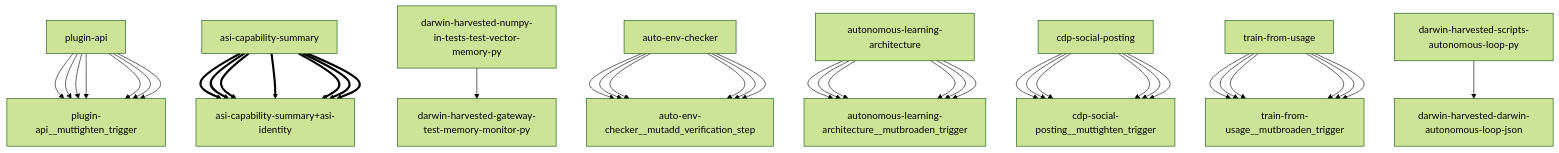
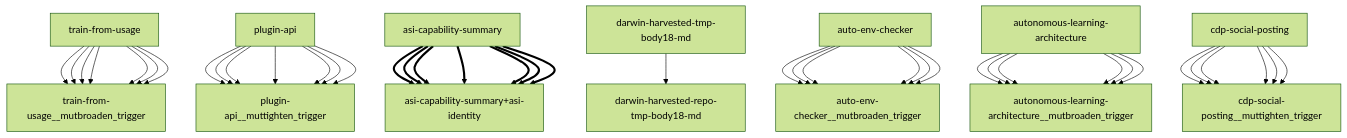
The diagram in reports/darwin-report.md (openamer/openamer), drawn with Mermaid (forest theme) before and after one commit. The commit also changed other lines of this file and 13 other files, not shown here.

````diff
--- a/reports/darwin-report.md
+++ b/reports/darwin-report.md
@@ -68,43 +69,43 @@
 ```mermaid
 graph TD
+    train-from-usage["train-from-usage"] --> train-from-usage__mutbroaden_trigger["train-from-usage__mutbroaden_trigger"]
     plugin-api["plugin-api"] --> plugin-api__muttighten_trigger["plugin-api__muttighten_trigger"]
     asi-capability-summary["asi-capability-summary"] ==> asi-capability-summary+asi-identity["asi-capability-summary+asi-identity"]
-    darwin-harvested-numpy-in-tests-test-vector-memory-py["darwin-harvested-numpy-in-tests-test-vector-memory-py"] --> darwin-harvested-gateway-test-memory-monitor-py["darwin-harvested-gateway-test-memory-monitor-py"]
-    auto-env-checker["auto-env-checker"] --> auto-env-checker__mutadd_verification_step["auto-env-checker__mutadd_verification_step"]
+    darwin-harvested-tmp-body18-md["darwin-harvested-tmp-body18-md"] --> darwin-harvested-repo-tmp-body18-md["darwin-harvested-repo-tmp-body18-md"]
+    auto-env-checker["auto-env-checker"] --> auto-env-checker__mutbroaden_trigger["auto-env-checker__mutbroaden_trigger"]
     autonomous-learning-architecture["autonomous-learning-architecture"] --> autonomous-learning-architecture__mutbroaden_trigger["autonomous-learning-architecture__mutbroaden_trigger"]
     cdp-social-posting["cdp-social-posting"] --> cdp-social-posting__muttighten_trigger["cdp-social-posting__muttighten_trigger"]
     train-from-usage["train-from-usage"] --> train-from-usage__mutbroaden_trigger["train-from-usage__mutbroaden_trigger"]
     plugin-api["plugin-api"] --> plugin-api__muttighten_trigger["plugin-api__muttighten_trigger"]
     asi-capability-summary["asi-capability-summary"] ==> asi-capability-summary+asi-identity["asi-capability-summary+asi-identity"]
-    auto-env-checker["auto-env-checker"] --> auto-env-checker__mutadd_verification_step["auto-env-checker__mutadd_verification_step"]
+    auto-env-checker["auto-env-checker"] --> auto-env-checker__mutbroaden_trigger["auto-env-checker__mutbroaden_trigger"]
     autonomous-learning-architecture["autonomous-learning-architecture"] --> autonomous-learning-architecture__mutbroaden_trigger["autonomous-learning-architecture__mutbroaden_trigger"]
     cdp-social-posting["cdp-social-posting"] --> cdp-social-posting__muttighten_trigger["cdp-social-posting__muttighten_trigger"]
     train-from-usage["train-from-usage"] --> train-from-usage__mutbroaden_trigger["train-from-usage__mutbroaden_trigger"]
     plugin-api["plugin-api"] --> plugin-api__muttighten_trigger["plugin-api__muttighten_trigger"]
     asi-capability-summary["asi-capability-summary"] ==> asi-capability-summary+asi-identity["asi-capability-summary+asi-identity"]
-    auto-env-checker["auto-env-checker"] --> auto-env-checker__mutadd_verification_step["auto-env-checker__mutadd_verification_step"]
+    auto-env-checker["auto-env-checker"] --> auto-env-checker__mutbroaden_trigger["auto-env-checker__mutbroaden_trigger"]
     autonomous-learning-architecture["autonomous-learning-architecture"] --> autonomous-learning-architecture__mutbroaden_trigger["autonomous-learning-architecture__mutbroaden_trigger"]
     cdp-social-posting["cdp-social-posting"] --> cdp-social-posting__muttighten_trigger["cdp-social-posting__muttighten_trigger"]
     train-from-usage["train-from-usage"] --> train-from-usage__mutbroaden_trigger["train-from-usage__mutbroaden_trigger"]
     plugin-api["plugin-api"] --> plugin-api__muttighten_trigger["plugin-api__muttighten_trigger"]
     asi-capability-summary["asi-capability-summary"] ==> asi-capability-summary+asi-identity["asi-capability-summary+asi-identity"]
-    auto-env-checker["auto-env-checker"] --> auto-env-checker__mutadd_verification_step["auto-env-checker__mutadd_verification_step"]
+    auto-env-checker["auto-env-checker"] --> auto-env-checker__mutbroaden_trigger["auto-env-checker__mutbroaden_trigger"]
     autonomous-learning-architecture["autonomous-learning-architecture"] --> autonomous-learning-architecture__mutbroaden_trigger["autonomous-learning-architecture__mutbroaden_trigger"]
     cdp-social-posting["cdp-social-posting"] --> cdp-social-posting__muttighten_trigger["cdp-social-posting__muttighten_trigger"]
     train-from-usage["train-from-usage"] --> train-from-usage__mutbroaden_trigger["train-from-usage__mutbroaden_trigger"]
     plugin-api["plugin-api"] --> plugin-api__muttighten_trigger["plugin-api__muttighten_trigger"]
     asi-capability-summary["asi-capability-summary"] ==> asi-capability-summary+asi-identity["asi-capability-summary+asi-identity"]
-    darwin-harvested-scripts-autonomous-loop-py["darwin-harvested-scripts-autonomous-loop-py"] --> darwin-harvested-darwin-autonomous-loop-json["darwin-harvested-darwin-autonomous-loop-json"]
-    auto-env-checker["auto-env-checker"] --> auto-env-checker__mutadd_verification_step["auto-env-checker__mutadd_verification_step"]
+    auto-env-checker["auto-env-checker"] --> auto-env-checker__mutbroaden_trigger["auto-env-checker__mutbroaden_trigger"]
     autonomous-learning-architecture["autonomous-learning-architecture"] --> autonomous-learning-architecture__mutbroaden_trigger["autonomous-learning-architecture__mutbroaden_trigger"]
     cdp-social-posting["cdp-social-posting"] --> cdp-social-posting__muttighten_trigger["cdp-social-posting__muttighten_trigger"]
     train-from-usage["train-from-usage"] --> train-from-usage__mutbroaden_trigger["train-from-usage__mutbroaden_trigger"]
     plugin-api["plugin-api"] --> plugin-api__muttighten_trigger["plugin-api__muttighten_trigger"]
     asi-capability-summary["asi-capability-summary"] ==> asi-capability-summary+asi-identity["asi-capability-summary+asi-identity"]
-    auto-env-checker["auto-env-checker"] --> auto-env-checker__mutadd_verification_step["auto-env-checker__mutadd_verification_step"]
+    auto-env-checker["auto-env-checker"] --> auto-env-checker__mutbroaden_trigger["auto-env-checker__mutbroaden_trigger"]
     autonomous-learning-architecture["autonomous-learning-architecture"] --> autonomous-learning-architecture__mutbroaden_trigger["autonomous-learning-architecture__mutbroaden_trigger"]
     cdp-social-posting["cdp-social-posting"] --> cdp-social-posting__muttighten_trigger["cdp-social-posting__muttighten_trigger"]
     train-from-usage["train-from-usage"] --> train-from-usage__mutbroaden_trigger["train-from-usage__mutbroaden_trigger"]
     plugin-api["plugin-api"] --> plugin-api__muttighten_trigger["plugin-api__muttighten_trigger"]
     asi-capability-summary["asi-capability-summary"] ==> asi-capability-summary+asi-identity["asi-capability-summary+asi-identity"]
 ```
````
